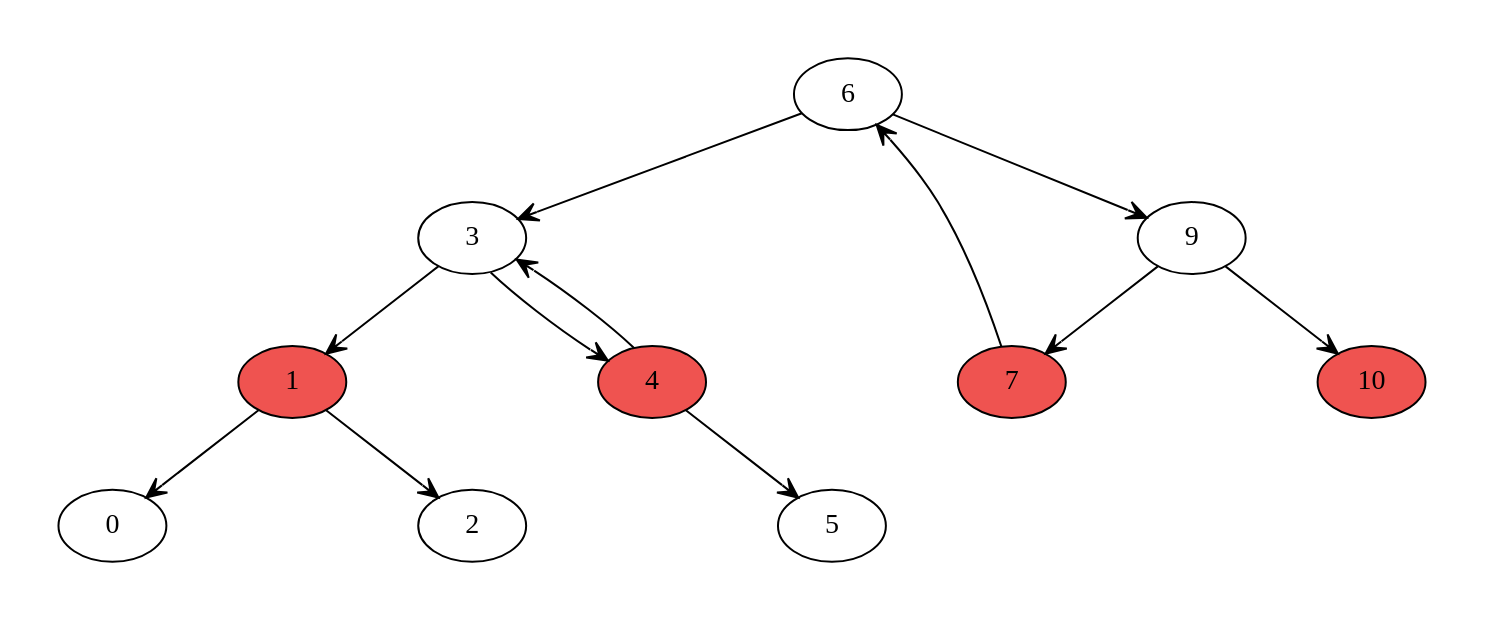
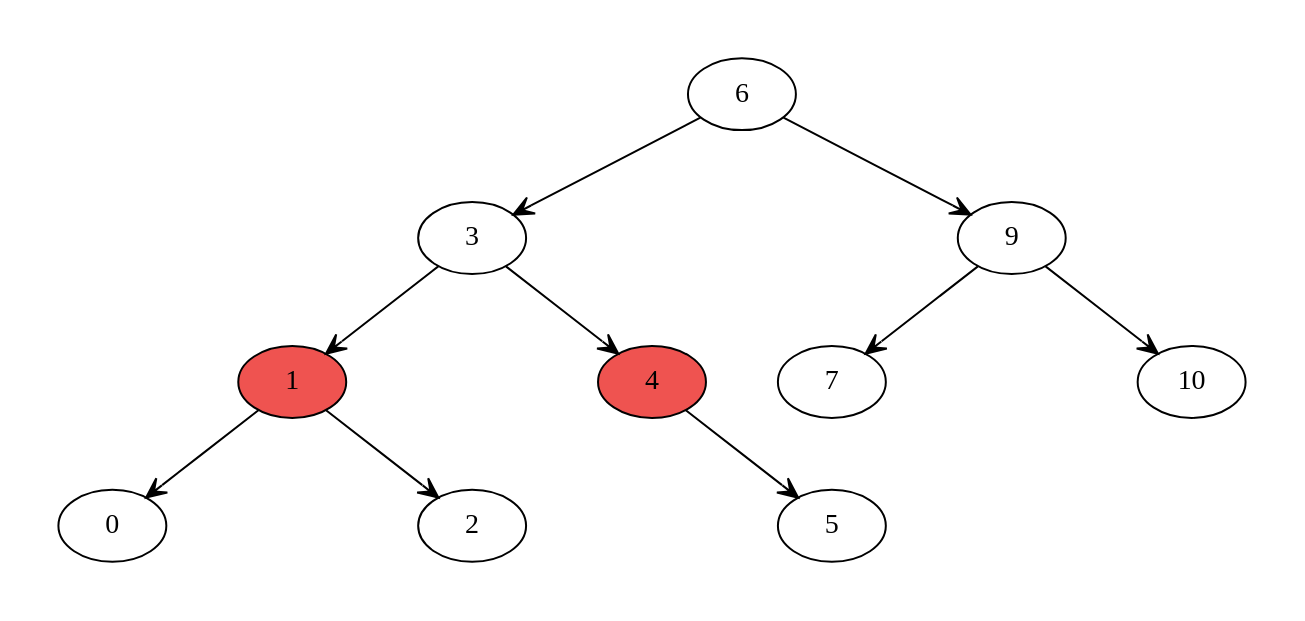
The diagram in test.dot (forsooth/BST-analysis), drawn with Graphviz before and after one commit. The commit also changed 7 other files, not shown here.

```diff
--- a/test.dot
+++ b/test.dot
@@ -1,52 +1,46 @@
 digraph G {
 nodesep=0.5;
 pad=0.3;
 size="20, 10";
 node [style=filled, fillcolor=grey];
 edge [color=black, arrowhead=vee];
 6 -> 3  [style=filled, weight=3];
 6 [label=6, fillcolor=white, style=filled];
 3 [label=3, fillcolor=white, style=filled];
 edge [style=invisible, color=white, arrowhead=none];
 6 -> ":6"  [style=invisible, weight=100];
 edge [color=black, arrowhead=vee];
 ":6" [label=":6", fillcolor=white, style=invisible];
 6 -> 9  [style=filled, weight=3];
 9 [label=9, fillcolor=white, style=filled];
 9 -> 7  [style=filled, weight=3];
-7 [label=7, fillcolor="#ef5350", style=filled];
+7 [label=7, fillcolor=white, style=filled];
 edge [style=invisible, color=white, arrowhead=none];
 9 -> ":9"  [style=invisible, weight=100];
 edge [color=black, arrowhead=vee];
-":9" [label=":9", fillcolor="#ef5350", style=invisible];
+":9" [label=":9", fillcolor=white, style=invisible];
 9 -> 10  [style=filled, weight=3];
-10 [label=10, fillcolor="#ef5350", style=filled];
-7 -> 6  [style=filled, weight=3];
-edge [style=invisible, color=white, arrowhead=none];
-7 -> ";7"  [style=invisible, weight=100];
-edge [color=black, arrowhead=vee];
-";7" [label=";7", fillcolor=white, style=invisible];
+10 [label=10, fillcolor=white, style=filled];
 3 -> 1  [style=filled, weight=3];
 1 [label=1, fillcolor="#ef5350", style=filled];
 edge [style=invisible, color=white, arrowhead=none];
 3 -> ":3"  [style=invisible, weight=100];
 edge [color=black, arrowhead=vee];
 ":3" [label=":3", fillcolor="#ef5350", style=invisible];
 3 -> 4  [style=filled, weight=3];
 4 [label=4, fillcolor="#ef5350", style=filled];
-4 -> 3  [style=filled, weight=3];
 edge [style=invisible, color=white, arrowhead=none];
 4 -> ":4"  [style=invisible, weight=100];
 edge [color=black, arrowhead=vee];
 ":4" [label=":4", fillcolor=white, style=invisible];
 4 -> 5  [style=filled, weight=3];
 5 [label=5, fillcolor=white, style=filled];
 1 -> 0  [style=filled, weight=3];
 0 [label=0, fillcolor=white, style=filled];
 edge [style=invisible, color=white, arrowhead=none];
 1 -> ":1"  [style=invisible, weight=100];
 edge [color=black, arrowhead=vee];
 ":1" [label=":1", fillcolor=white, style=invisible];
 1 -> 2  [style=filled, weight=3];
 2 [label=2, fillcolor=white, style=filled];
 }
```
